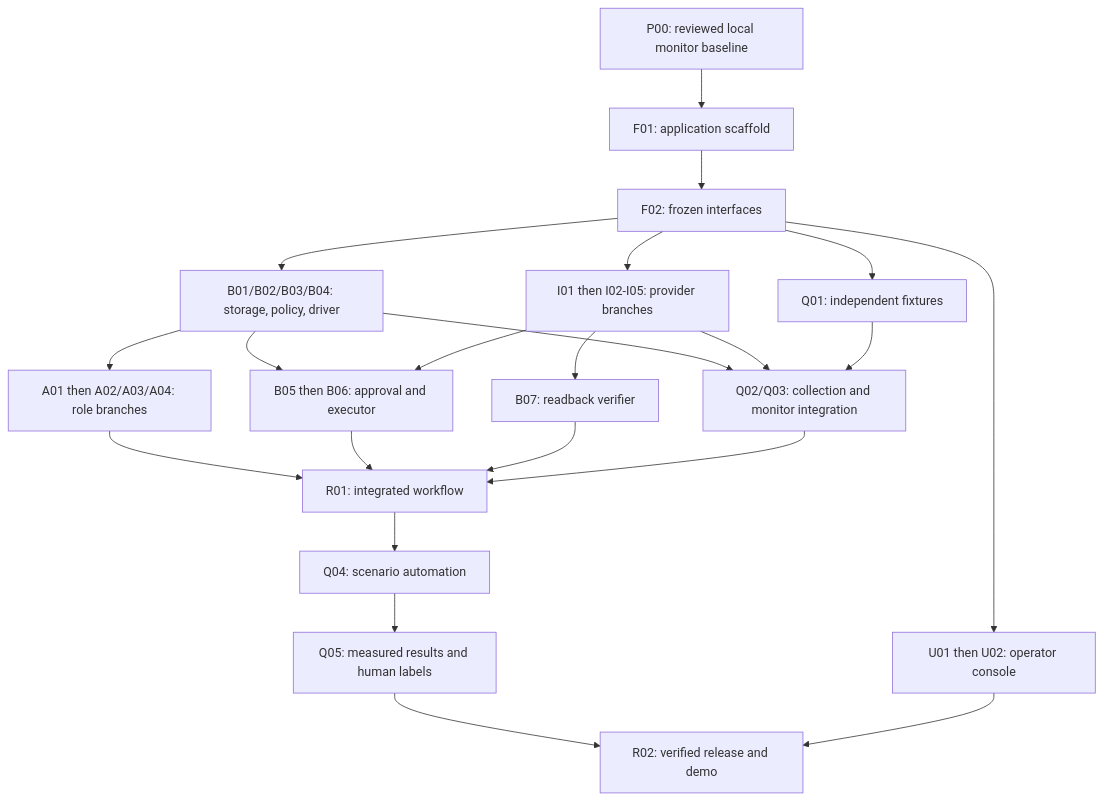
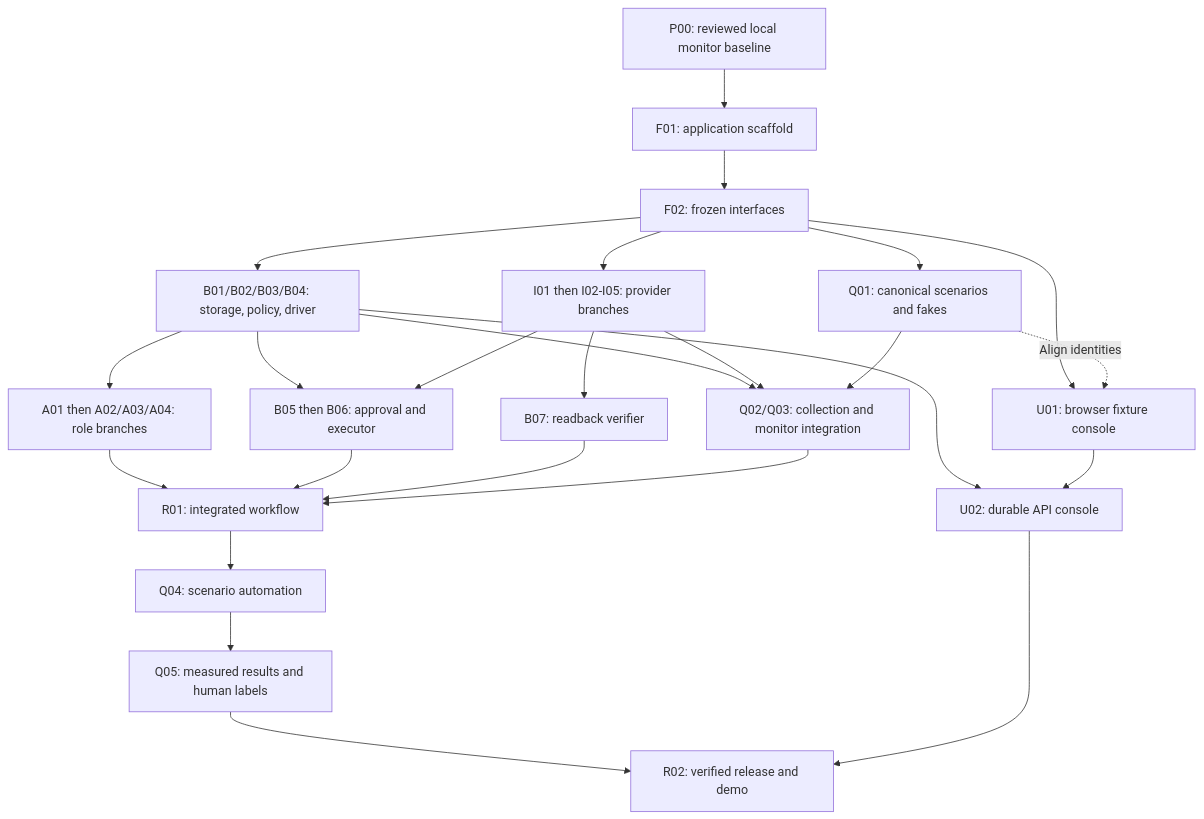
One commit to janmenjayap/multi-app_ai-agent_hackathon changed the diagram in ideation/implementation-plan/branches/README.md. Above: the diagram before and after it, drawn with Mermaid. The commit also changed other lines of this file and 25 other files, not shown here.

````diff
--- a/ideation/implementation-plan/branches/README.md
+++ b/ideation/implementation-plan/branches/README.md
@@ -111,24 +121,27 @@
 ```mermaid
 flowchart TD
     P00["P00: reviewed local monitor baseline"] --> F01["F01: application scaffold"]
     F01 --> F02["F02: frozen interfaces"]
     F02 --> Core["B01/B02/B03/B04: storage, policy, driver"]
     F02 --> Adapter["I01 then I02-I05: provider branches"]
-    F02 --> Fixture["Q01: independent fixtures"]
-    F02 --> UI["U01 then U02: operator console"]
+   F02 --> Fixture["Q01: canonical scenarios and fakes"]
+   F02 --> UI1["U01: browser fixture console"]
+   Core --> UI2["U02: durable API console"]
+   UI1 --> UI2
+   Fixture -.->|"Align identities"| UI1
     Core --> Roles["A01 then A02/A03/A04: role branches"]
     Core --> Guard["B05 then B06: approval and executor"]
     Adapter --> Guard
     Adapter --> Verify["B07: readback verifier"]
     Core --> Measure["Q02/Q03: collection and monitor integration"]
     Adapter --> Measure
     Fixture --> Measure
     Roles --> R01["R01: integrated workflow"]
     Guard --> R01
     Verify --> R01
     Measure --> R01
     R01 --> Q04["Q04: scenario automation"]
     Q04 --> Q05["Q05: measured results and human labels"]
-    Q05 --> R02["R02: verified release and demo"]
-    UI --> R02
+   Q05 --> R02["R02: verified release and demo"]
+   UI2 --> R02
 ```
````
